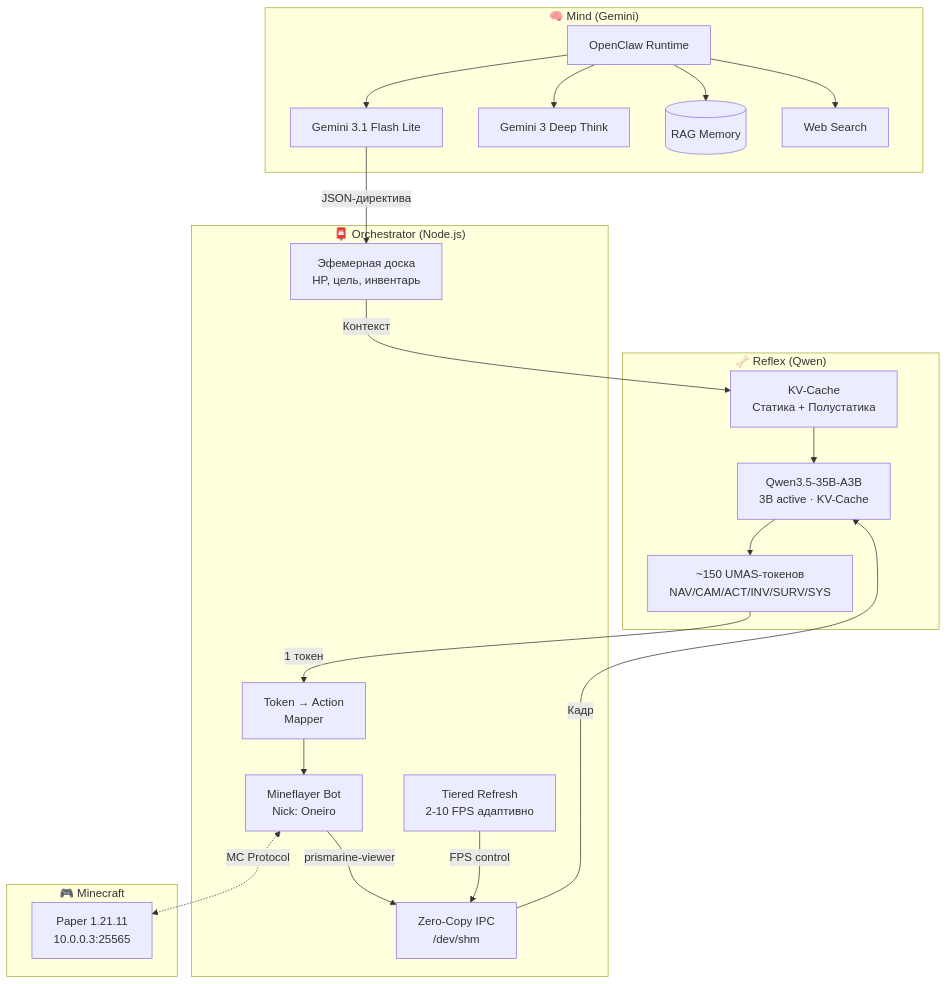
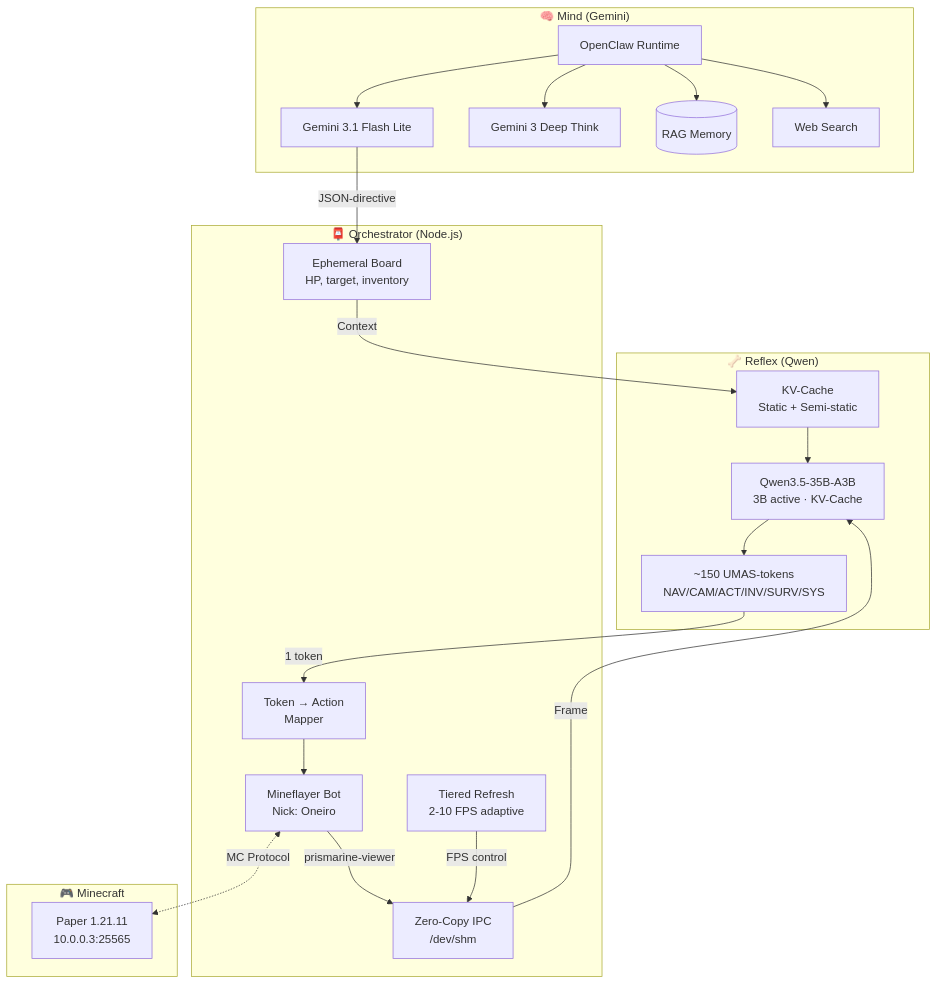
One commit to celestislab/Clotho changed the first of 2 diagrams in docs/architecture.md. Above: the diagram before and after it, drawn with Mermaid. The commit also changed other lines of this file and 5 other files, not shown here.

````diff
--- a/docs/architecture.md
+++ b/docs/architecture.md
@@ -497,45 +497,45 @@
 ```mermaid
 graph TB
     subgraph "🧠 Mind (Gemini)"
         OpenClaw[OpenClaw Runtime]
         Gemini[Gemini 3.1 Flash Lite]
         DeepThink[Gemini 3 Deep Think]
         Memory[(RAG Memory)]
         WebSearch[Web Search]
     end
 
     subgraph "🦴 Reflex (Qwen)"
         QwenModel[Qwen3.5-35B-A3B<br/>3B active · KV-Cache]
-        KVCache[KV-Cache<br/>Статика + Полустатика]
-        UMAS[~150 UMAS-токенов<br/>NAV/CAM/ACT/INV/SURV/SYS]
+        KVCache[KV-Cache<br/>Static + Semi-static]
+        UMAS[~150 UMAS-tokens<br/>NAV/CAM/ACT/INV/SURV/SYS]
     end
 
     subgraph "📮 Orchestrator (Node.js)"
         Bot[Mineflayer Bot<br/>Nick: Oneiro]
         IPC[Zero-Copy IPC<br/>/dev/shm]
-        EphBoard[Эфемерная доска<br/>HP, цель, инвентарь]
+        EphBoard[Ephemeral Board<br/>HP, target, inventory]
         TokenMapper[Token → Action<br/>Mapper]
-        TieredRefresh[Tiered Refresh<br/>2-10 FPS адаптивно]
+        TieredRefresh[Tiered Refresh<br/>2-10 FPS adaptive]
     end
 
     subgraph "🎮 Minecraft"
         Paper[Paper 1.21.11<br/>10.0.0.3:25565]
     end
 
     OpenClaw --> Gemini
     OpenClaw --> DeepThink
     OpenClaw --> Memory
     OpenClaw --> WebSearch
-    Gemini -->|JSON-директива| EphBoard
+    Gemini -->|JSON-directive| EphBoard
 
-    IPC -->|Кадр| QwenModel
-    EphBoard -->|Контекст| KVCache
+    IPC -->|Frame| QwenModel
+    EphBoard -->|Context| KVCache
     KVCache --> QwenModel
     QwenModel --> UMAS
-    UMAS -->|1 токен| TokenMapper
+    UMAS -->|1 token| TokenMapper
     TokenMapper --> Bot
     TieredRefresh -->|FPS control| IPC
 
     Bot <-.->|MC Protocol| Paper
     Bot -->|prismarine-viewer| IPC
 ```
````
